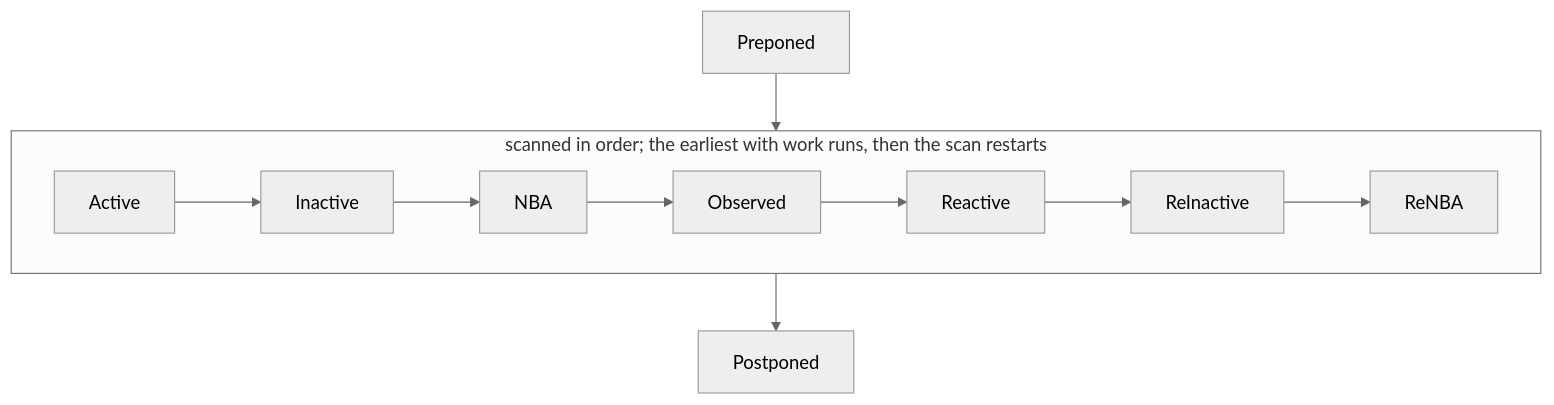
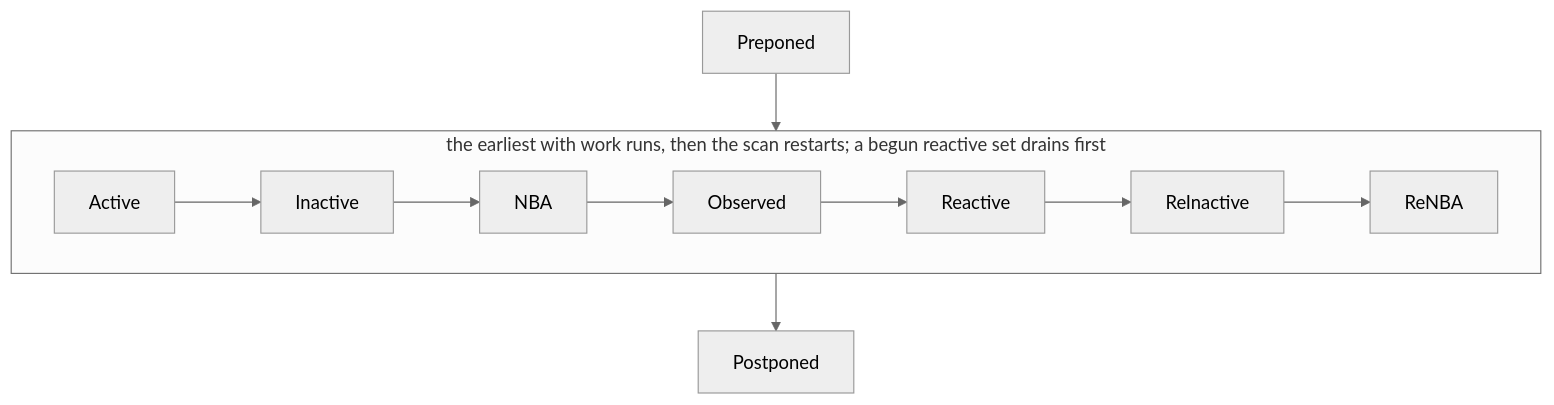
One commit to hankhsu1996/lyra changed the diagram in docs/architecture/scheduling.md. Above: the diagram before and after it, drawn with Mermaid (neutral theme). The commit also changed other lines of this file and 57 other files, not shown here.

````diff
--- a/docs/architecture/scheduling.md
+++ b/docs/architecture/scheduling.md
@@ -155,9 +161,9 @@
 ```mermaid
 flowchart TB
   P[Preponed] --> S
-  subgraph S [scanned in order; the earliest with work runs, then the scan restarts]
+  subgraph S [the earliest with work runs, then the scan restarts; a begun reactive set drains first]
     direction LR
     A[Active] --> I[Inactive] --> N[NBA] --> O[Observed] --> R[Reactive] --> RI[ReInactive] --> RN[ReNBA]
   end
   S --> POST[Postponed]
 ```
````
